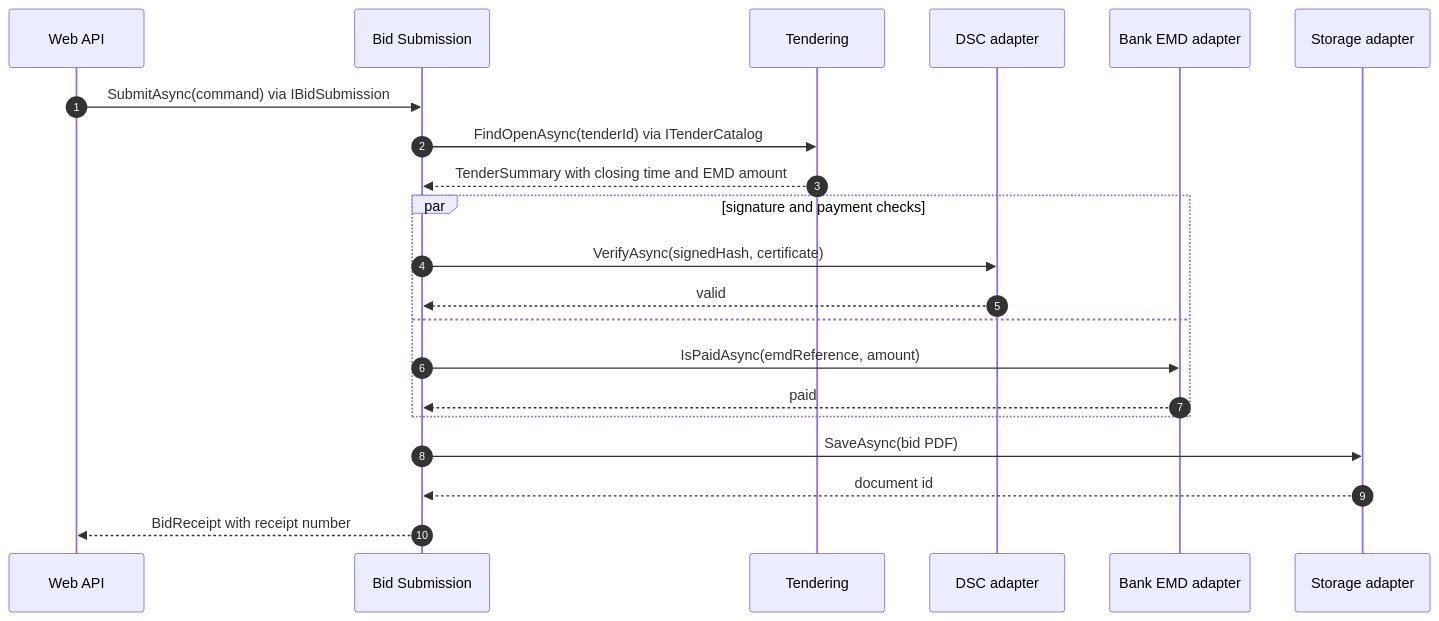
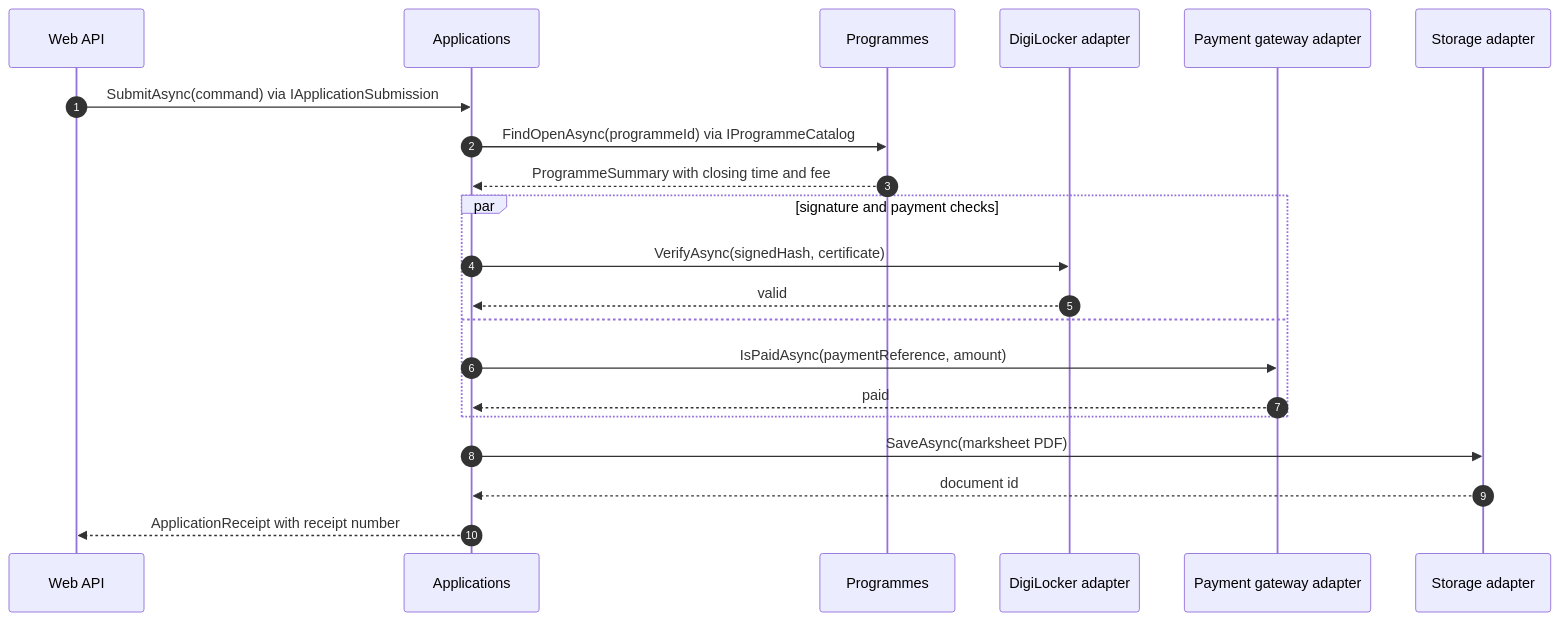
One commit to rizwi0786/system-design-lab changed the second of 5 diagrams in content/lessons/m05/m05-component-diagrams.md. Above: the diagram before and after it, drawn with Mermaid. The commit also changed other lines of this file and 334 other files, not shown here.

````diff
--- a/content/lessons/m05/m05-component-diagrams.md
+++ b/content/lessons/m05/m05-component-diagrams.md
@@ -282,23 +282,23 @@
 ```mermaid
 sequenceDiagram
     autonumber
     participant API as Web API
-    participant B as Bid Submission
-    participant T as Tendering
-    participant S as DSC adapter
-    participant E as Bank EMD adapter
+    participant B as Applications
+    participant P as Programmes
+    participant S as DigiLocker adapter
+    participant F as Payment gateway adapter
     participant D as Storage adapter
-    API->>B: SubmitAsync(command) via IBidSubmission
-    B->>T: FindOpenAsync(tenderId) via ITenderCatalog
-    T-->>B: TenderSummary with closing time and EMD amount
+    API->>B: SubmitAsync(command) via IApplicationSubmission
+    B->>P: FindOpenAsync(programmeId) via IProgrammeCatalog
+    P-->>B: ProgrammeSummary with closing time and fee
     par signature and payment checks
         B->>S: VerifyAsync(signedHash, certificate)
         S-->>B: valid
     and
-        B->>E: IsPaidAsync(emdReference, amount)
-        E-->>B: paid
+        B->>F: IsPaidAsync(paymentReference, amount)
+        F-->>B: paid
     end
-    B->>D: SaveAsync(bid PDF)
+    B->>D: SaveAsync(marksheet PDF)
     D-->>B: document id
-    B-->>API: BidReceipt with receipt number
+    B-->>API: ApplicationReceipt with receipt number
 ```
````
